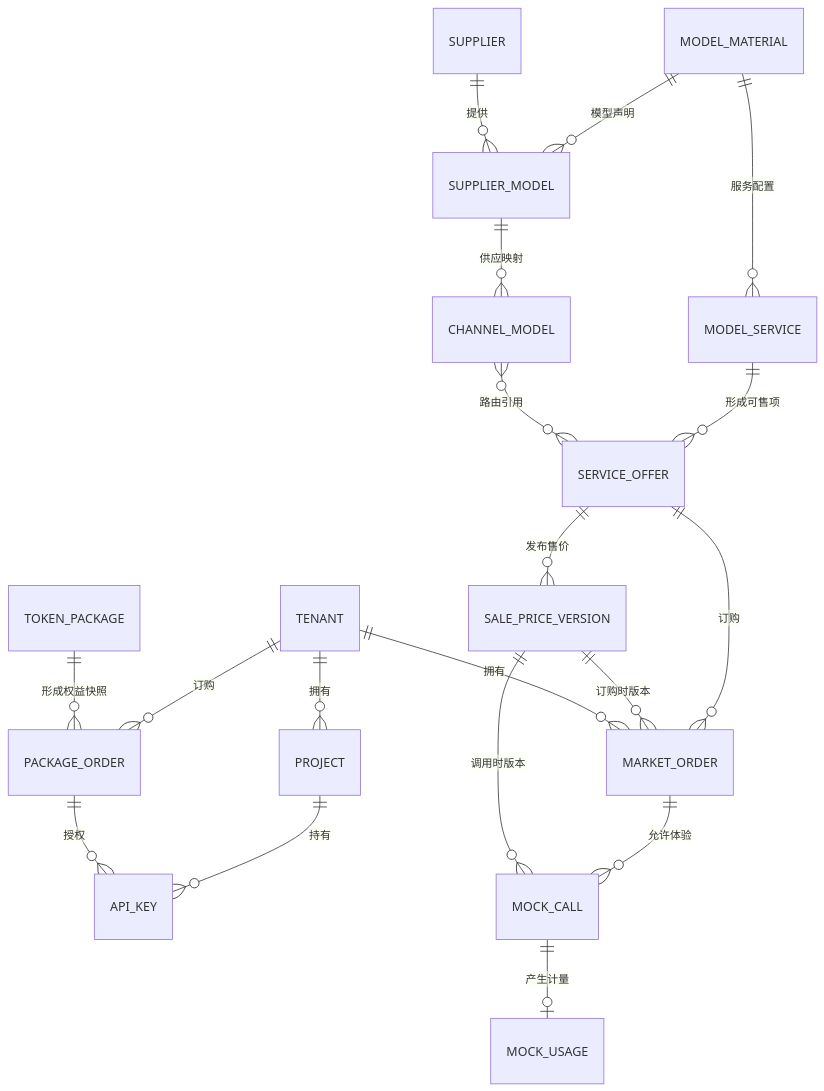
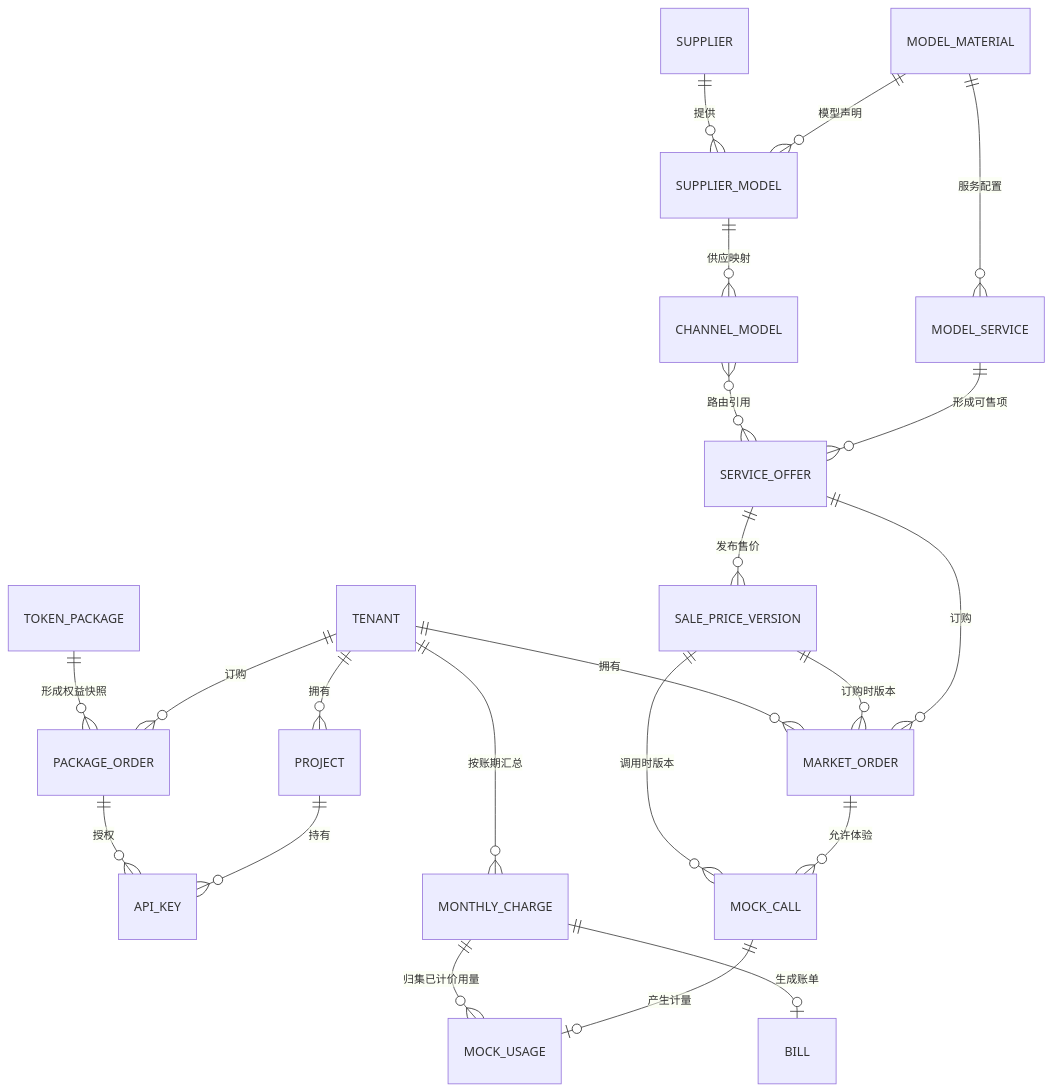
Before and after one commit to walnut1024/moma-prototype: the diagram in versions/moma_5.12.0_estack/database/README.md, drawn with Mermaid. The commit also changed other lines of this file and 41 other files, not shown here.

````diff
--- a/versions/moma_5.12.0_estack/database/README.md
+++ b/versions/moma_5.12.0_estack/database/README.md
@@ -52,21 +52,24 @@
 ```mermaid
 erDiagram
     MODEL_MATERIAL ||--o{ SUPPLIER_MODEL : 模型声明
     SUPPLIER ||--o{ SUPPLIER_MODEL : 提供
     SUPPLIER_MODEL ||--o{ CHANNEL_MODEL : 供应映射
     MODEL_MATERIAL ||--o{ MODEL_SERVICE : 服务配置
     MODEL_SERVICE ||--o{ SERVICE_OFFER : 形成可售项
     CHANNEL_MODEL }o--o{ SERVICE_OFFER : 路由引用
     SERVICE_OFFER ||--o{ SALE_PRICE_VERSION : 发布售价
     SERVICE_OFFER ||--o{ MARKET_ORDER : 订购
     SALE_PRICE_VERSION ||--o{ MARKET_ORDER : 订购时版本
     TENANT ||--o{ MARKET_ORDER : 拥有
     TENANT ||--o{ PROJECT : 拥有
     PROJECT ||--o{ API_KEY : 持有
     TENANT ||--o{ PACKAGE_ORDER : 订购
     TOKEN_PACKAGE ||--o{ PACKAGE_ORDER : 形成权益快照
     PACKAGE_ORDER ||--o{ API_KEY : 授权
     MARKET_ORDER ||--o{ MOCK_CALL : 允许体验
     SALE_PRICE_VERSION ||--o{ MOCK_CALL : 调用时版本
     MOCK_CALL ||--o| MOCK_USAGE : 产生计量
+    TENANT ||--o{ MONTHLY_CHARGE : 按账期汇总
+    MONTHLY_CHARGE ||--o{ MOCK_USAGE : 归集已计价用量
+    MONTHLY_CHARGE ||--o| BILL : 生成账单
 ```
````
